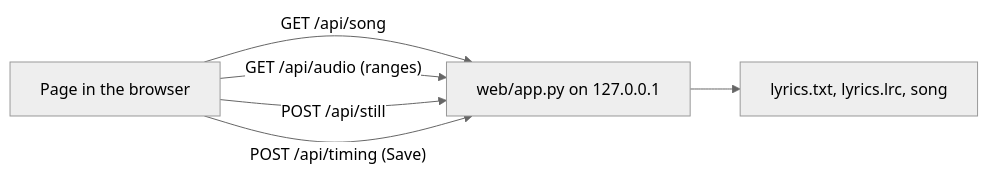
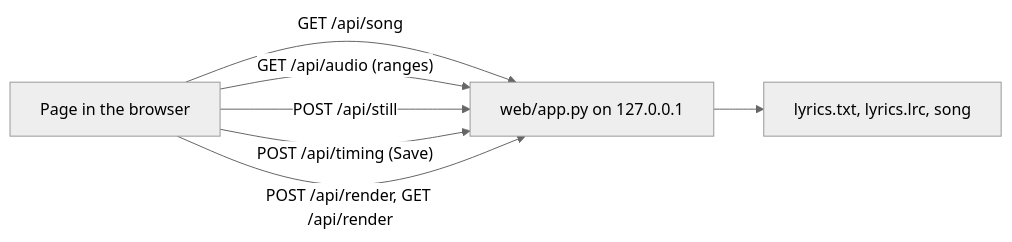
The third of 3 diagrams in docs/en/ARCHITECTURE.md (musica-sanare/lyrics-video-app), drawn with Mermaid (neutral theme) before and after one commit. The commit also changed other lines of this file and 17 other files, not shown here.

First line of the commit message:
feat: render videos from the sync page

````diff
--- a/docs/en/ARCHITECTURE.md
+++ b/docs/en/ARCHITECTURE.md
@@ -108,11 +108,12 @@
 ```mermaid
 flowchart LR
   page["Page in the browser"]
   server["web/app.py on 127.0.0.1"]
   files["lyrics.txt, lyrics.lrc, song"]
   page -->|"GET /api/song"| server
   page -->|"GET /api/audio (ranges)"| server
   page -->|"POST /api/still"| server
   page -->|"POST /api/timing (Save)"| server
+  page -->|"POST /api/render, GET /api/render"| server
   server --> files
 ```
````
